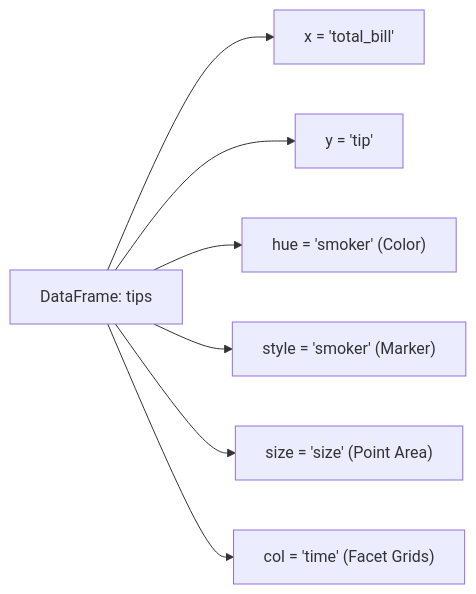
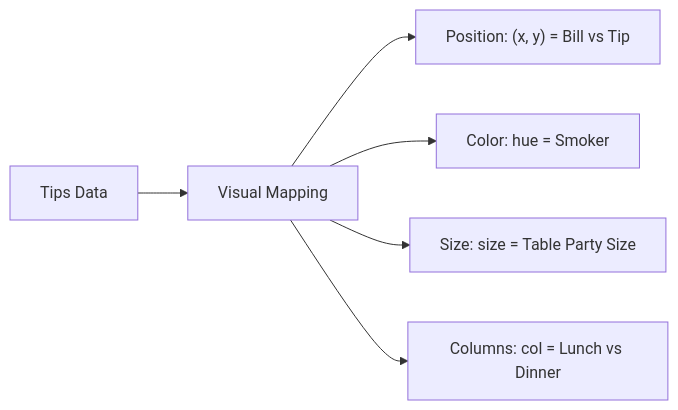
Before and after one commit to S1h2i3v4a/AI_ML: the diagram in lecture_19/Notes_19.11/README_HINGLISH.md, drawn with Mermaid. The commit also changed other lines of this file and 203 other files, not shown here.

Commit message:
docs(lectures 19-21): align notes with video lectures, add blackboard diagrams, clean structured functions, and compile vector PDFs

````diff
--- a/lecture_19/Notes_19.11/README_HINGLISH.md
+++ b/lecture_19/Notes_19.11/README_HINGLISH.md
@@ -23,9 +32,8 @@
 ```mermaid
 flowchart LR
-    Data["DataFrame: tips"] --> X["x = 'total_bill'"]
-    Data --> Y["y = 'tip'"]
-    Data --> H["hue = 'smoker' (Color)"]
-    Data --> S["style = 'smoker' (Marker)"]
-    Data --> Sz["size = 'size' (Point Area)"]
-    Data --> C["col = 'time' (Facet Grids)"]
+    Data["Tips Data"] --> Mapping["Visual Mapping"]
+    Mapping --> Pos["Position: (x, y) = Bill vs Tip"]
+    Mapping --> Col["Color: hue = Smoker"]
+    Mapping --> Sze["Size: size = Table Party Size"]
+    Mapping --> Fac["Columns: col = Lunch vs Dinner"]
 ```
````
